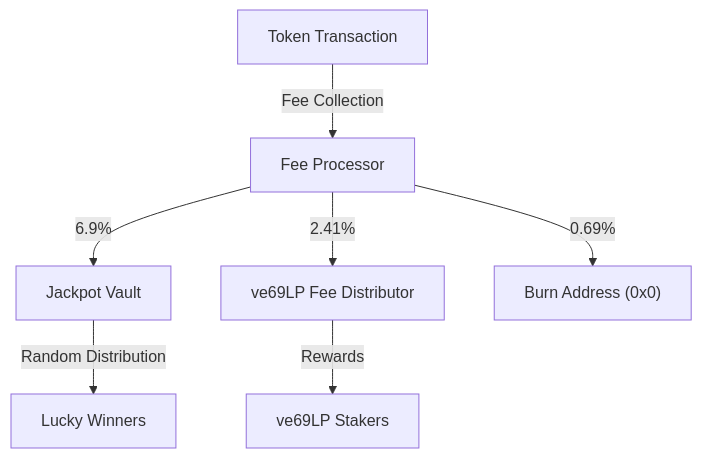
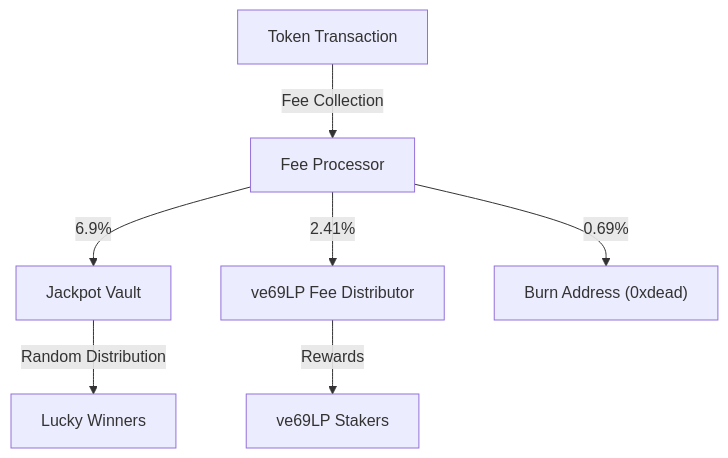
One commit to wenakita/sonicreddragon-docs changed the first of 3 diagrams in docs/contracts/core/token.md. Above: the diagram before and after it, drawn with Mermaid. The commit also changed other lines of this file and 1 other file, not shown here.

````diff
--- a/docs/contracts/core/token.md
+++ b/docs/contracts/core/token.md
@@ -34,11 +34,11 @@
 ```mermaid
 flowchart TD
     Transaction["Token Transaction"] -->|"Fee Collection"| FeeProcessor["Fee Processor"]
     FeeProcessor -->|"6.9%"| JackpotVault["Jackpot Vault"]
     FeeProcessor -->|"2.41%"| ve69LPDistributor["ve69LP Fee Distributor"]
-    FeeProcessor -->|"0.69%"| BurnAddress["Burn Address (0x0)"]
+    FeeProcessor -->|"0.69%"| BurnAddress["Burn Address (0xdead)"]
     JackpotVault -->|"Random Distribution"| Winners["Lucky Winners"]
     ve69LPDistributor -->|"Rewards"| Stakers["ve69LP Stakers"]
     
     class Transaction,JackpotVault highlight
 ```
````
